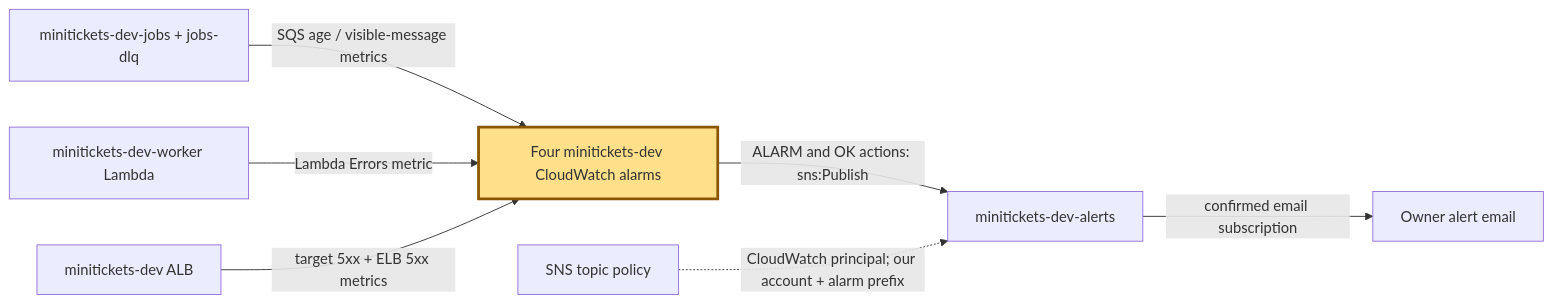
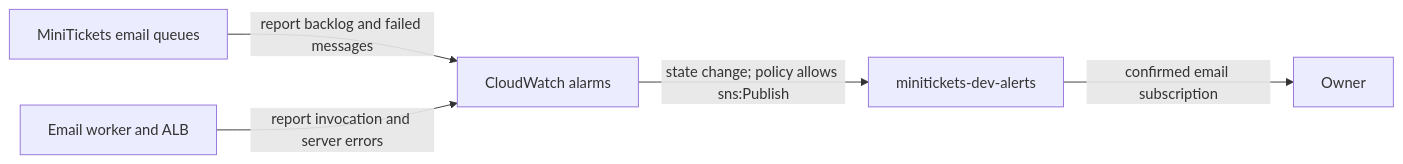
Before and after one commit to maheshnd/minitickets: the diagram in docs/handbook/concepts/alerting.md, drawn with Mermaid. The commit also changed other lines of this file and 39 other files, not shown here.

````diff
--- a/docs/handbook/concepts/alerting.md
+++ b/docs/handbook/concepts/alerting.md
@@ -13,11 +17,7 @@
 ```mermaid
 flowchart LR
-    Q["minitickets-dev-jobs + jobs-dlq"] -->|"SQS age / visible-message metrics"| A["Four minitickets-dev CloudWatch alarms"]
-    L["minitickets-dev-worker Lambda"] -->|"Lambda Errors metric"| A
-    B["minitickets-dev ALB"] -->|"target 5xx + ELB 5xx metrics"| A
-    A -->|"ALARM and OK actions: sns:Publish"| S["minitickets-dev-alerts"]
-    P["SNS topic policy"] -.->|"CloudWatch principal; our account + alarm prefix"| S
-    S -->|"confirmed email subscription"| O["Owner alert email"]
-    classDef focus fill:#ffe08a,stroke:#8a5700,stroke-width:3px
-    class A focus
+    Q["MiniTickets email queues"] -->|"report backlog and failed messages"| A["CloudWatch alarms"]
+    W["Email worker and ALB"] -->|"report invocation and server errors"| A
+    A -->|"state change; policy allows sns:Publish"| S["minitickets-dev-alerts"]
+    S -->|"confirmed email subscription"| O["Owner"]
 ```
````
